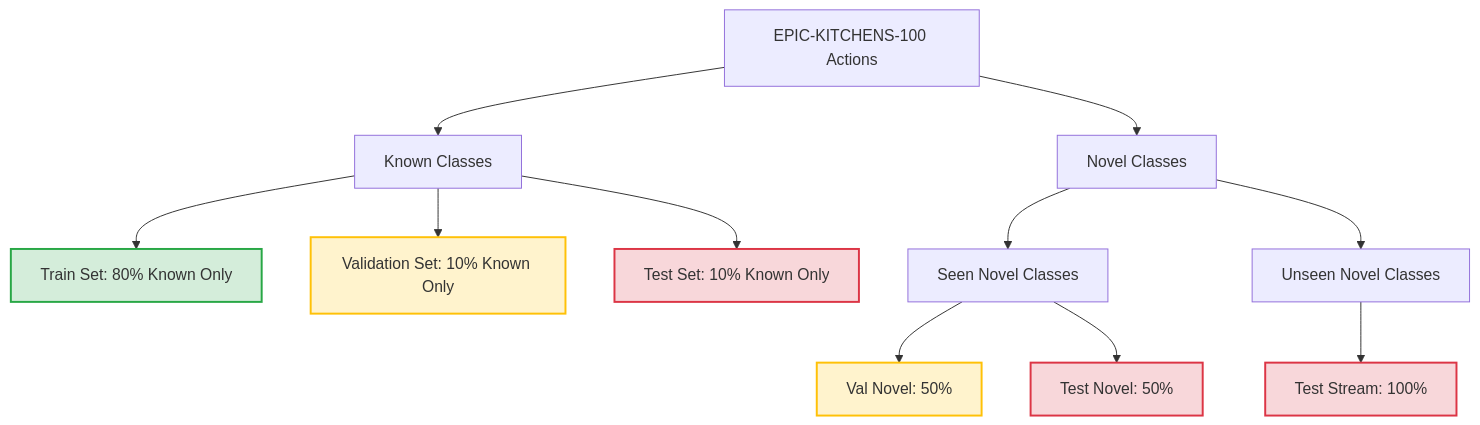
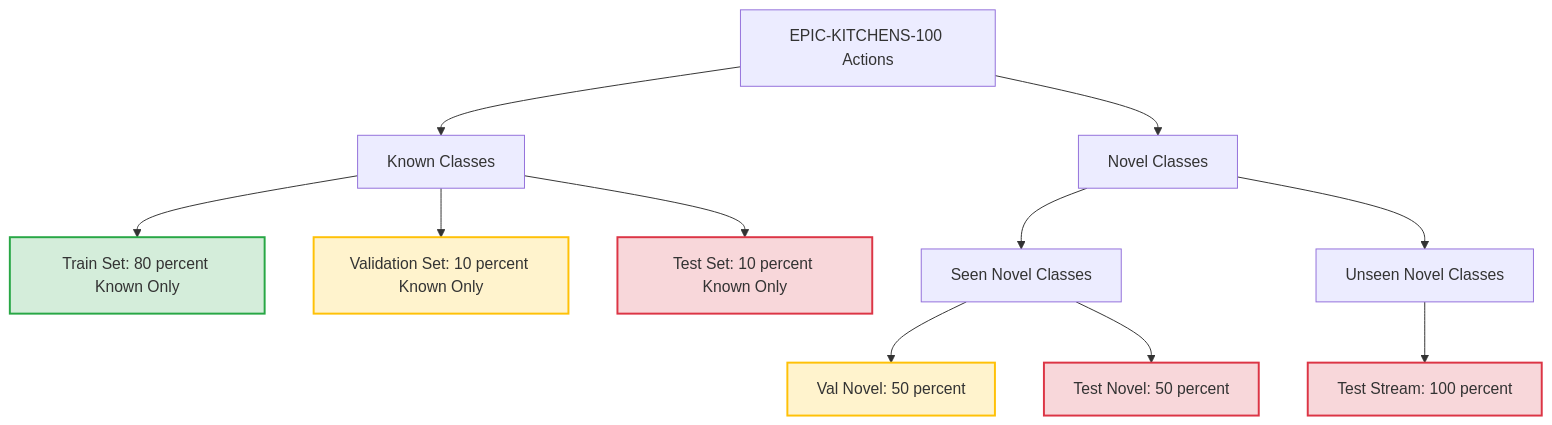
The diagram in presentation.md (johnGachihi/novel-action-recognition), drawn with Mermaid before and after one commit. The commit also changed 2 other files, not shown here.

Commit message:
refactor: standardize checkpoint naming, improve download environment handling, and update documentation and presentation diagrams

````diff
--- a/presentation.md
+++ b/presentation.md
@@ -16,21 +16,21 @@
 ```mermaid
 graph TD
     classDef train fill:#d4edda,stroke:#28a745,stroke-width:2px;
     classDef val fill:#fff3cd,stroke:#ffc107,stroke-width:2px;
     classDef test fill:#f8d7da,stroke:#dc3545,stroke-width:2px;
 
     AllActions["EPIC-KITCHENS-100 Actions"] --> Known["Known Classes"]
     AllActions --> Novel["Novel Classes"]
-    
-    Known --> TrainSet["Train Set: 80% Known Only"]:::train
-    Known --> ValSet["Validation Set: 10% Known Only"]:::val
-    Known --> TestSet["Test Set: 10% Known Only"]:::test
-    
+
+    Known --> TrainSet["Train Set: 80 percent Known Only"]:::train
+    Known --> ValSet["Validation Set: 10 percent Known Only"]:::val
+    Known --> TestSet["Test Set: 10 percent Known Only"]:::test
+
     Novel --> SeenNovel["Seen Novel Classes"]
     Novel --> UnseenNovel["Unseen Novel Classes"]
-    
-    SeenNovel --> ValNovel["Val Novel: 50%"]:::val
-    SeenNovel --> TestNovel["Test Novel: 50%"]:::test
-    
-    UnseenNovel --> StreamNovel["Test Stream: 100%"]:::test
+
+    SeenNovel --> ValNovel["Val Novel: 50 percent"]:::val
+    SeenNovel --> TestNovel["Test Novel: 50 percent"]:::test
+
+    UnseenNovel --> StreamNovel["Test Stream: 100 percent"]:::test
 ```
````
